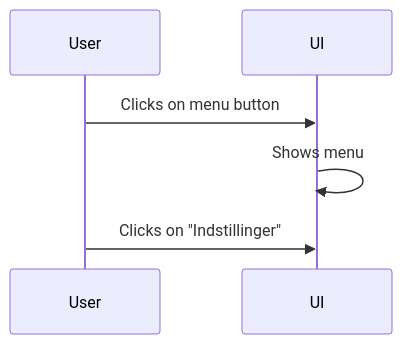
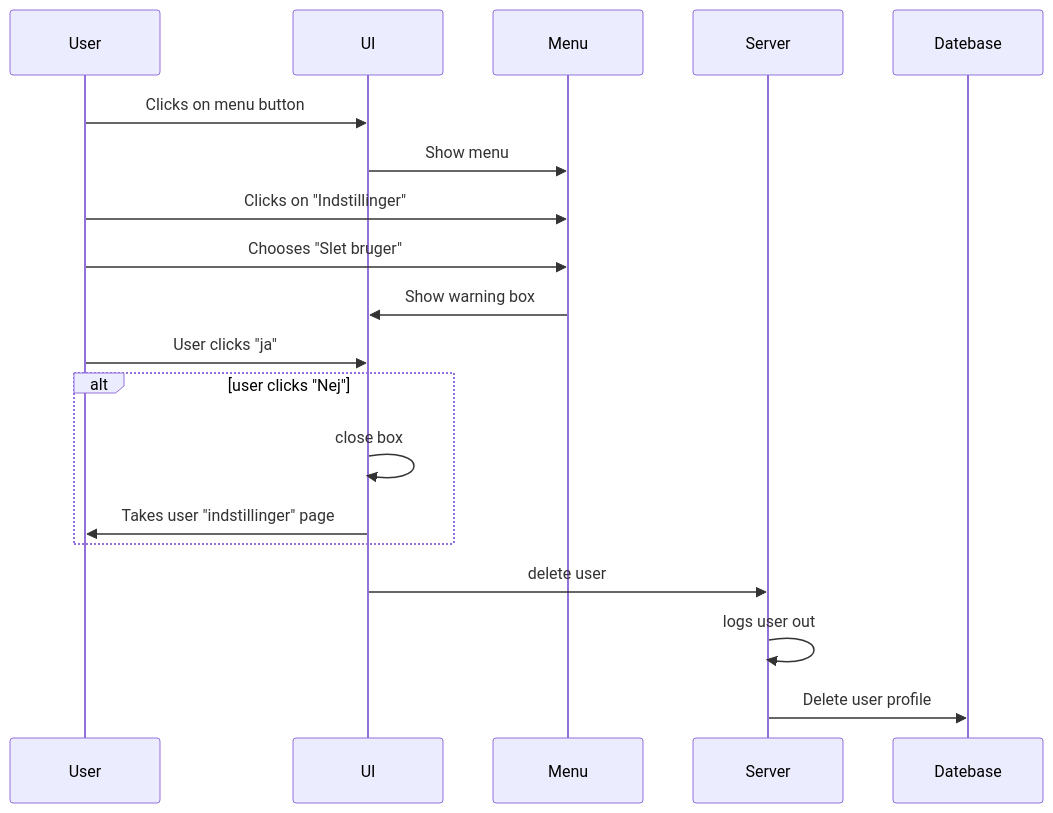
The diagram in System Arkitektur/ApplikationSequenceDiagramUC2.md (kamar-dk/Sem.Project4), drawn with Mermaid before and after one commit.

````diff
--- a/System Arkitektur/ApplikationSequenceDiagramUC2.md
+++ b/System Arkitektur/ApplikationSequenceDiagramUC2.md
@@ -1,6 +1,16 @@
 ```mermaid
 sequenceDiagram
     User ->> UI: Clicks on menu button
-    UI ->> UI: Shows menu
-    User ->> UI: Clicks on "Indstillinger"
+    UI ->> Menu: Show menu
+    User ->> Menu: Clicks on "Indstillinger"
+    User ->> Menu: Chooses "Slet bruger"
+    Menu ->> UI: Show warning box
+    User ->> UI: User clicks "ja"
+    alt user clicks "Nej"
+        UI ->> UI: close box
+        UI ->> User: Takes user "indstillinger" page
+    end
+    UI ->> Server: delete user
+    Server ->> Server: logs user out
+    Server ->> Datebase: Delete user profile
 ```
````
